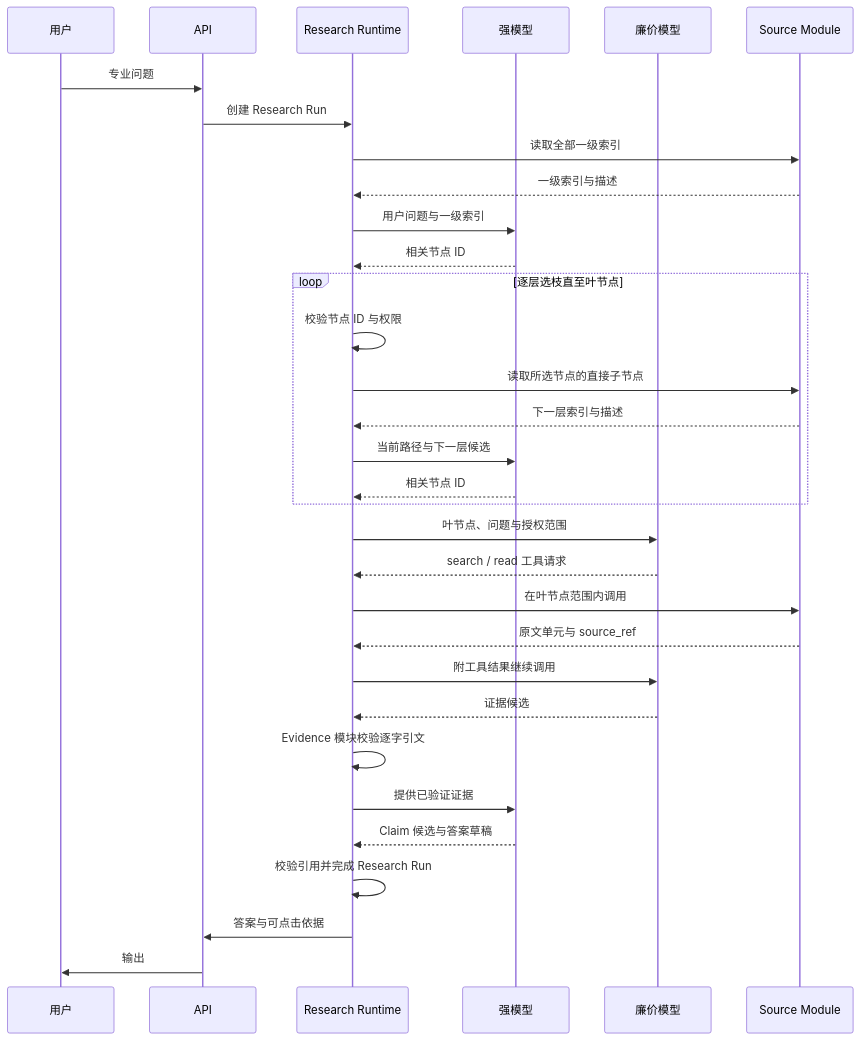
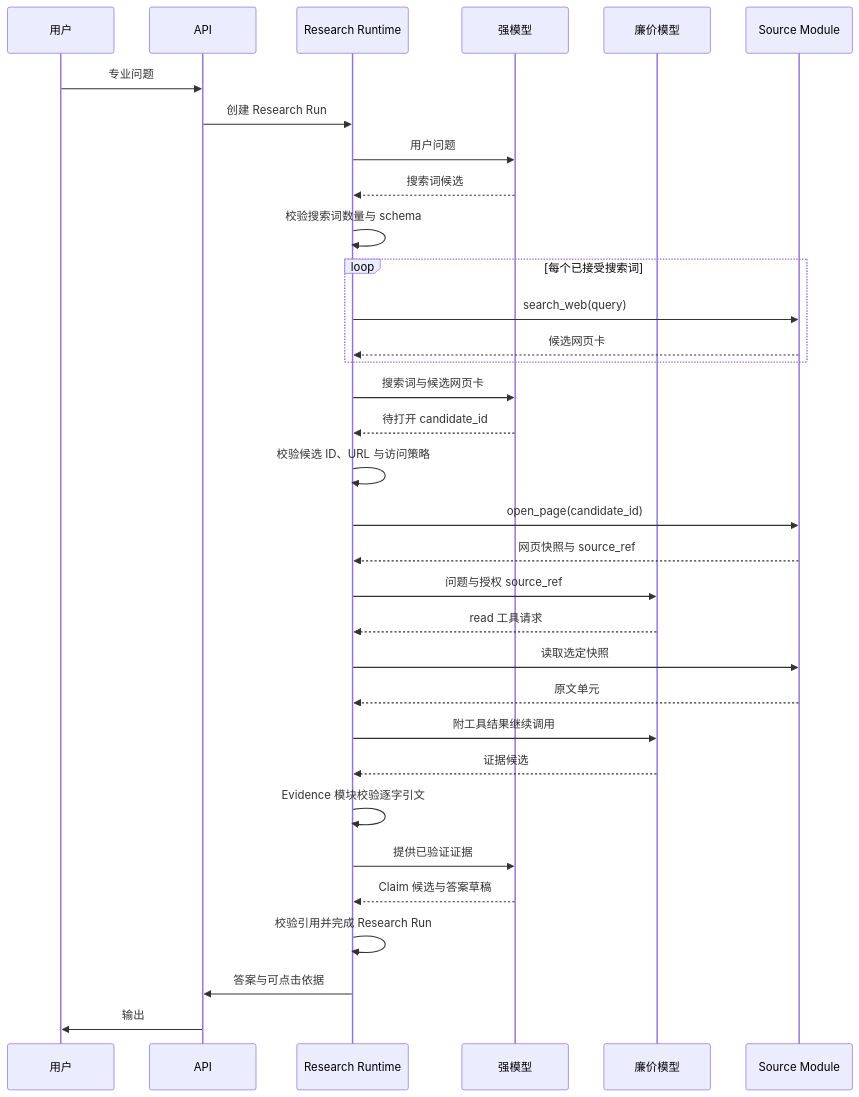
Before and after one commit to SuperCatQR/traceable-research-runtime: the second of 2 diagrams in docs/architecture.md, drawn with Mermaid. The commit also changed other lines of this file and 1 other file, not shown here.

Commit message:
docs: use web search as initial source

````diff
--- a/docs/architecture.md
+++ b/docs/architecture.md
@@ -192,35 +173,36 @@
 ```mermaid
 sequenceDiagram
     participant U as 用户
     participant A as API
     participant R as Research Runtime
     participant S as 强模型
     participant C as 廉价模型
     participant SI as Source Module
 
     U->>A: 专业问题
     A->>R: 创建 Research Run
-    R->>SI: 读取全部一级索引
-    SI-->>R: 一级索引与描述
-    R->>S: 用户问题与一级索引
-    S-->>R: 相关节点 ID
-    loop 逐层选枝直至叶节点
-        R->>R: 校验节点 ID 与权限
-        R->>SI: 读取所选节点的直接子节点
-        SI-->>R: 下一层索引与描述
-        R->>S: 当前路径与下一层候选
-        S-->>R: 相关节点 ID
+    R->>S: 用户问题
+    S-->>R: 搜索词候选
+    R->>R: 校验搜索词数量与 schema
+    loop 每个已接受搜索词
+        R->>SI: search_web(query)
+        SI-->>R: 候选网页卡
     end
-    R->>C: 叶节点、问题与授权范围
-    C-->>R: search / read 工具请求
-    R->>SI: 在叶节点范围内调用
-    SI-->>R: 原文单元与 source_ref
+    R->>S: 搜索词与候选网页卡
+    S-->>R: 待打开 candidate_id
+    R->>R: 校验候选 ID、URL 与访问策略
+    R->>SI: open_page(candidate_id)
+    SI-->>R: 网页快照与 source_ref
+    R->>C: 问题与授权 source_ref
+    C-->>R: read 工具请求
+    R->>SI: 读取选定快照
+    SI-->>R: 原文单元
     R->>C: 附工具结果继续调用
     C-->>R: 证据候选
     R->>R: Evidence 模块校验逐字引文
     R->>S: 提供已验证证据
     S-->>R: Claim 候选与答案草稿
     R->>R: 校验引用并完成 Research Run
     R->>A: 答案与可点击依据
     A->>U: 输出
 ```
````
